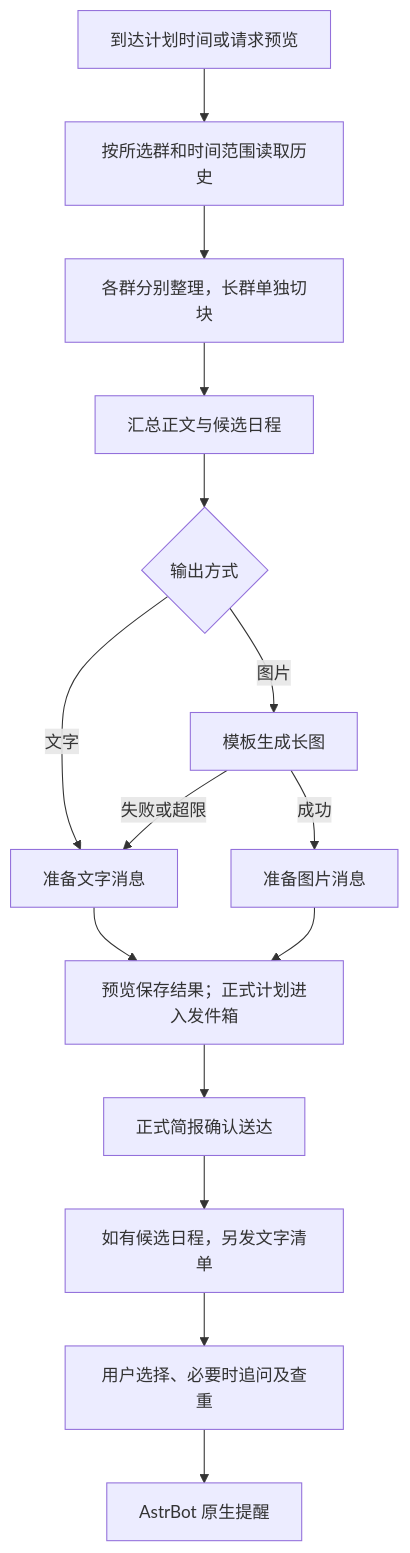
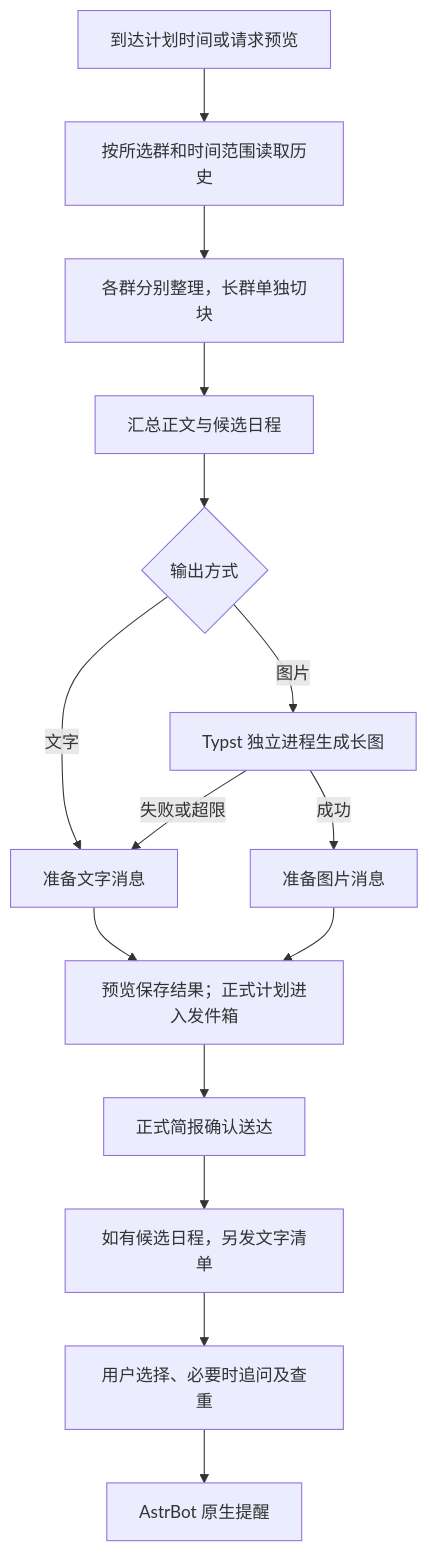
The diagram in README.md (WinterMoonlight/astrbot_plugin_daily_digest), drawn with Mermaid before and after one commit. The commit also changed other lines of this file, not shown here.

Commit message:
docs: clarify Typst setup and current deployment behavior

````diff
--- a/README.md
+++ b/README.md
@@ -194,17 +222,17 @@
 ```mermaid
 flowchart TD
     A[到达计划时间或请求预览] --> B[按所选群和时间范围读取历史]
     B --> C[各群分别整理，长群单独切块]
     C --> D[汇总正文与候选日程]
     D --> E{输出方式}
     E -->|文字| F[准备文字消息]
-    E -->|图片| G[模板生成长图]
+    E -->|图片| G[Typst 独立进程生成长图]
     G -->|失败或超限| F
     G -->|成功| H[准备图片消息]
     F --> I[预览保存结果；正式计划进入发件箱]
     H --> I
     I --> J[正式简报确认送达]
     J --> K[如有候选日程，另发文字清单]
     K --> L[用户选择、必要时追问及查重]
     L --> M[AstrBot 原生提醒]
 ```
````
